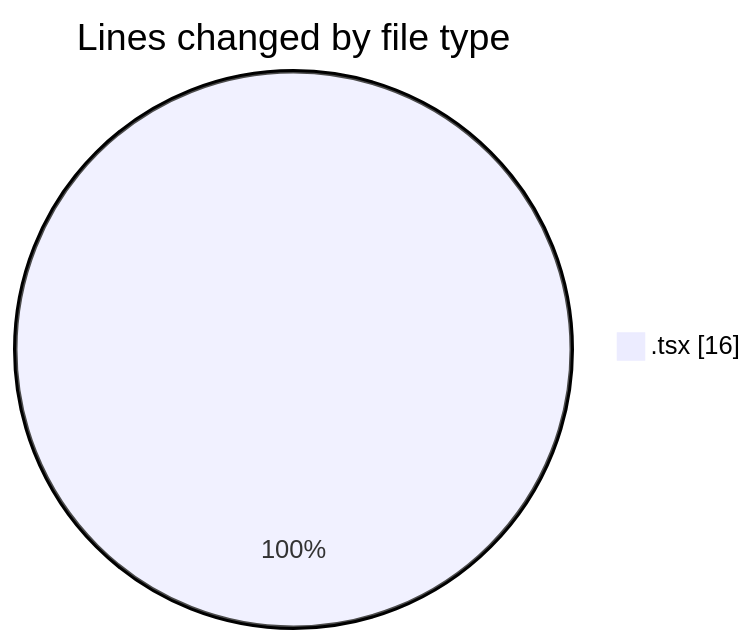
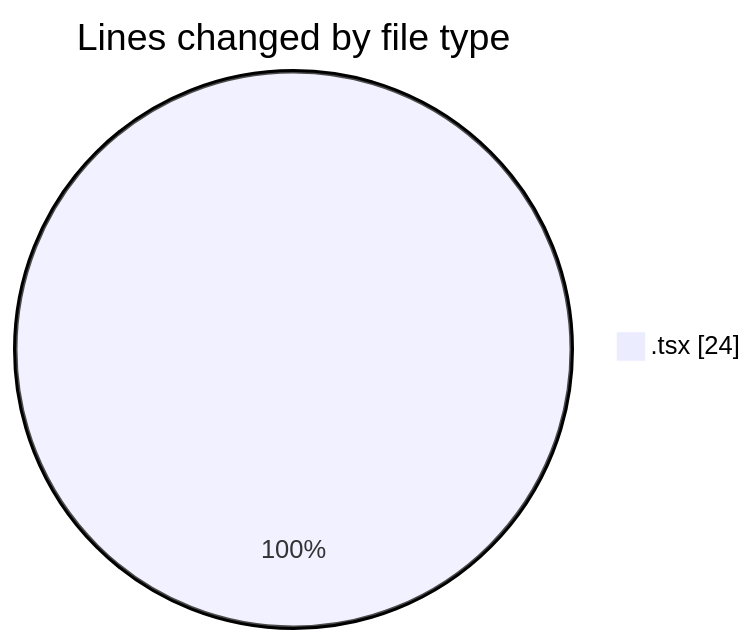
Before and after one commit to lephambinh05/code-tracking: the first of 2 diagrams in 2025-09-05/hiai-phf/README.md, drawn with Mermaid. The commit also changed other lines of this file and 1 other file, not shown here.

````diff
--- a/2025-09-05/hiai-phf/README.md
+++ b/2025-09-05/hiai-phf/README.md
@@ -20,5 +20,5 @@
 ```mermaid
 pie showData
 title Lines changed by file type
-".tsx" : 16
+".tsx" : 24
 ```
````
